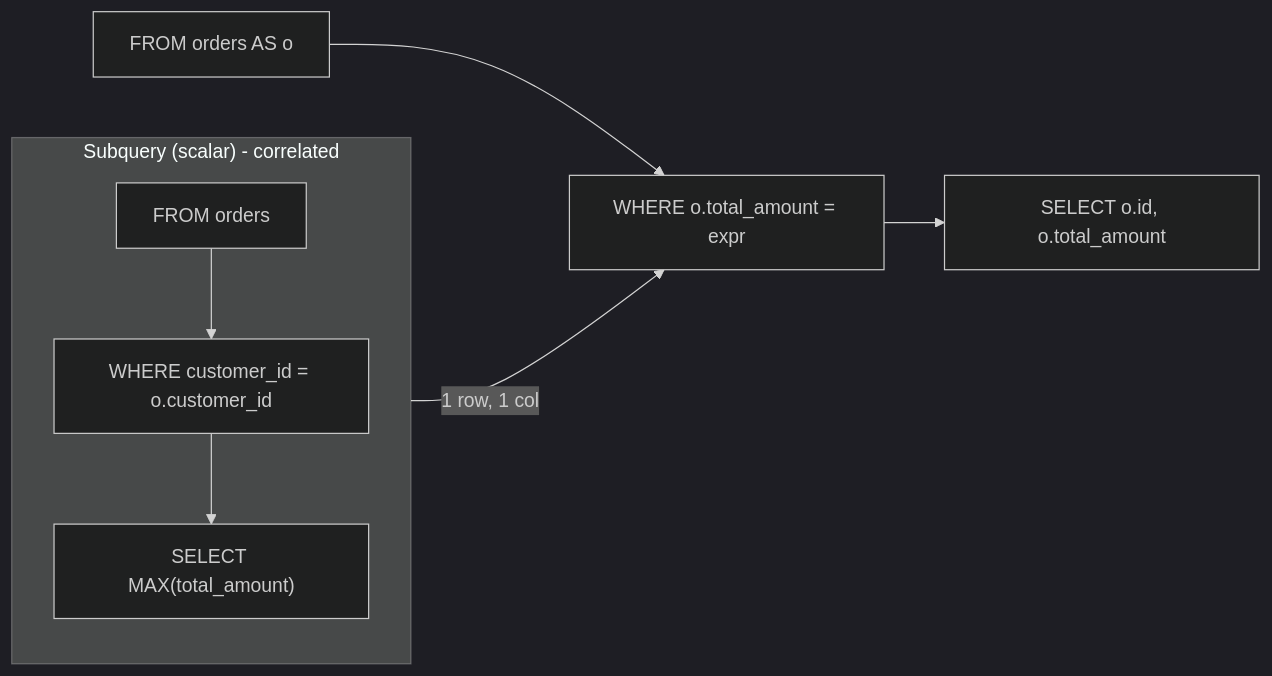
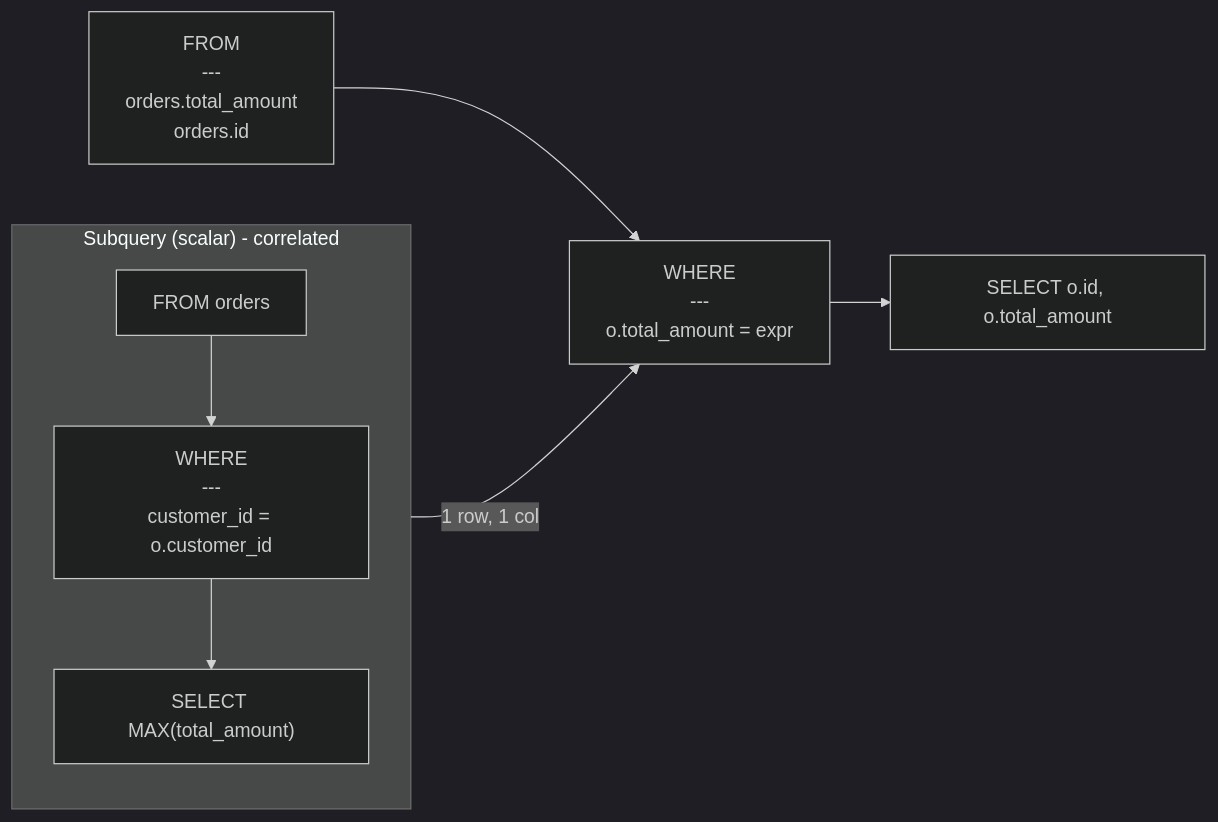
Before and after one commit to rot1024/sqloflow: the diagram in examples/subquery_scalar.mmd, drawn with Mermaid (dark theme). The commit also changed 21 other files, not shown here.

Commit message:
feat: improve mermaid renderer

```diff
--- a/examples/subquery_scalar.mmd
+++ b/examples/subquery_scalar.mmd
@@ -1,15 +1,15 @@
 flowchart LR
-    node_0[FROM orders AS o]
-    node_1["WHERE o.total_amount = expr"]
+    node_0["FROM<br/>---<br/>orders.total_amount<br/>orders.id"]
+    node_1["WHERE<br/>---<br/>o.total_amount = expr"]
     subgraph subquery_node_2 ["Subquery (scalar) - correlated"]
         direction TB
         subq_0_node_0[FROM orders]
-        subq_0_node_1["WHERE customer_id = o.customer_id"]
+        subq_0_node_1["WHERE<br/>---<br/>customer_id = o.customer_id"]
         subq_0_node_2["SELECT MAX(total_amount)"]
         subq_0_node_0 --> subq_0_node_1
         subq_0_node_1 --> subq_0_node_2
     end
     subq_0_node_2 -->|1 row, 1 col| node_1
     node_3["SELECT o.id, o.total_amount"]
     node_0 --> node_1
     node_1 --> node_3
```
